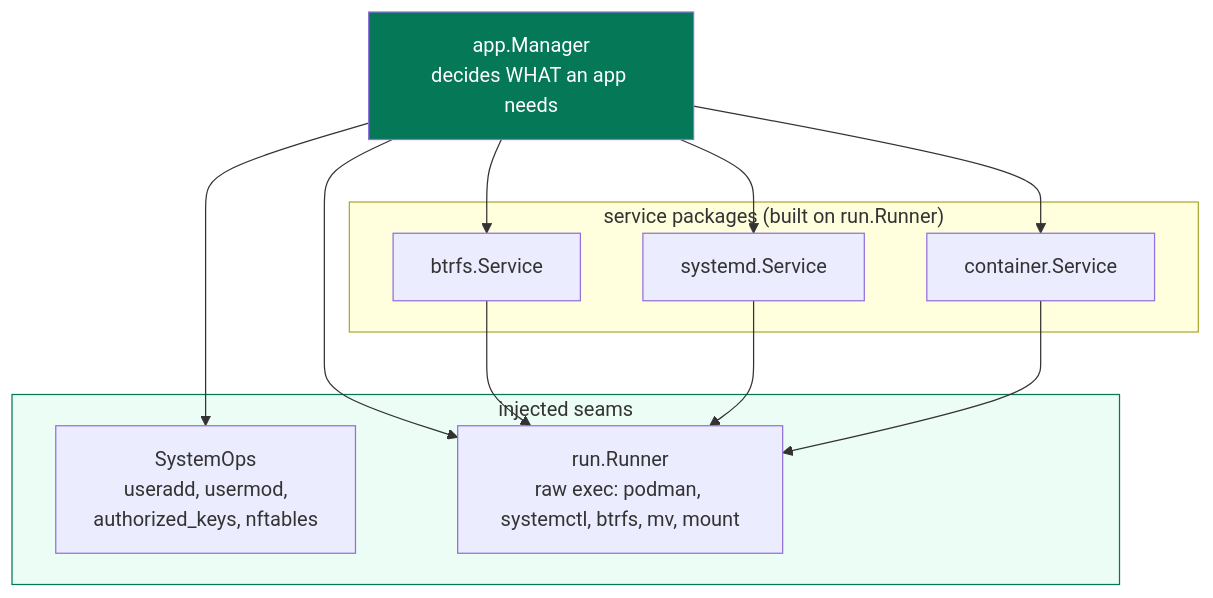
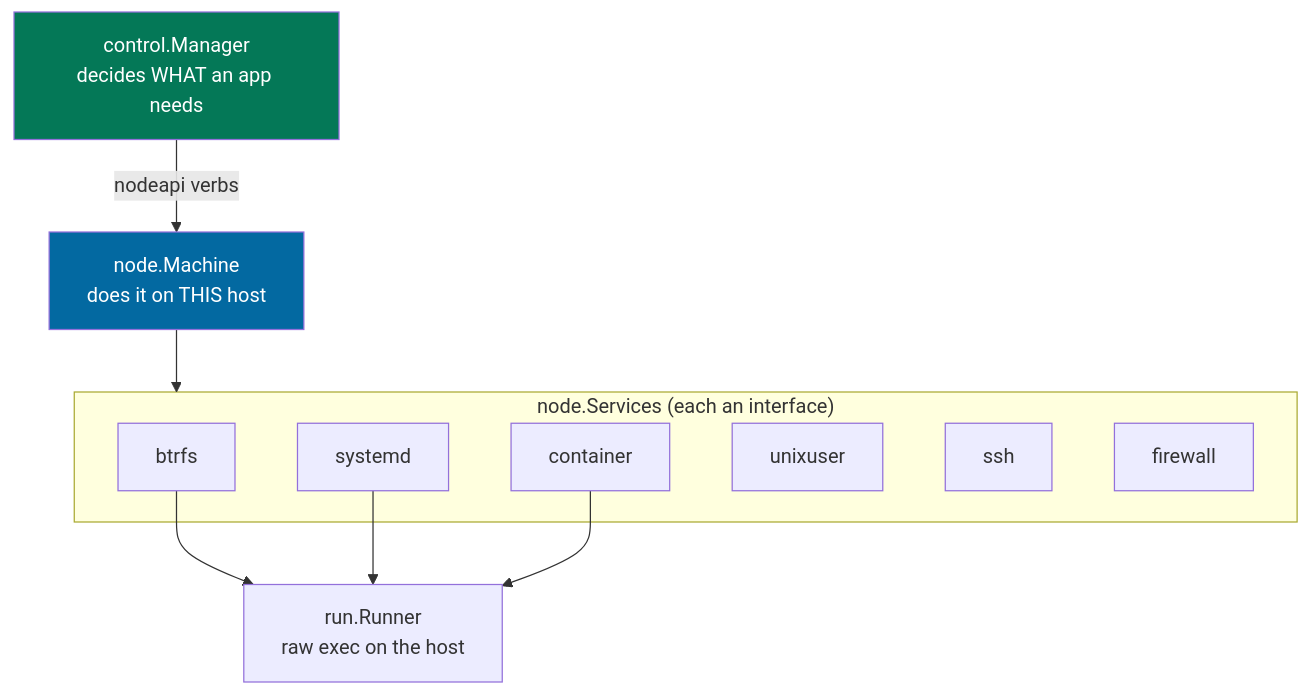
One commit to binwiederhier/hostit changed the diagram in docs/subsystems/seams-and-testing.md. Above: the diagram before and after it, drawn with Mermaid. The commit also changed other lines of this file and 32 other files, not shown here.

First line of the commit message:
docs: catch the documentation up with the shipped split architecture

````diff
--- a/docs/subsystems/seams-and-testing.md
+++ b/docs/subsystems/seams-and-testing.md
@@ -15,23 +16,21 @@
 ```mermaid
 flowchart TB
-    mgr["app.Manager<br/>decides WHAT an app needs"]
-    subgraph seams["injected seams"]
-        ops["SystemOps<br/>useradd, usermod,<br/>authorized_keys, nftables"]
-        runner["run.Runner<br/>raw exec: podman, systemctl, btrfs, mv, mount"]
+    mgr["control.Manager<br/>decides WHAT an app needs"]
+    machine["node.Machine<br/>does it on THIS host"]
+    subgraph svc["node.Services (each an interface)"]
+        btrfs["btrfs"]
+        systemd["systemd"]
+        container["container"]
+        unixuser["unixuser"]
+        sshp["ssh"]
+        firewall["firewall"]
     end
-    subgraph svc["service packages (built on run.Runner)"]
-        btrfs["btrfs.Service"]
-        systemd["systemd.Service"]
-        container["container.Service"]
-    end
-    mgr --> ops
-    mgr --> runner
-    mgr --> btrfs
-    mgr --> systemd
-    mgr --> container
+    runner["run.Runner<br/>raw exec on the host"]
+    mgr -->|"nodeapi verbs"| machine
+    machine --> svc
     btrfs --> runner
     systemd --> runner
     container --> runner
     style mgr fill:#047857,color:#fff
-    style seams fill:#ecfdf5,stroke:#047857
+    style machine fill:#0369a1,color:#fff
 ```
````
